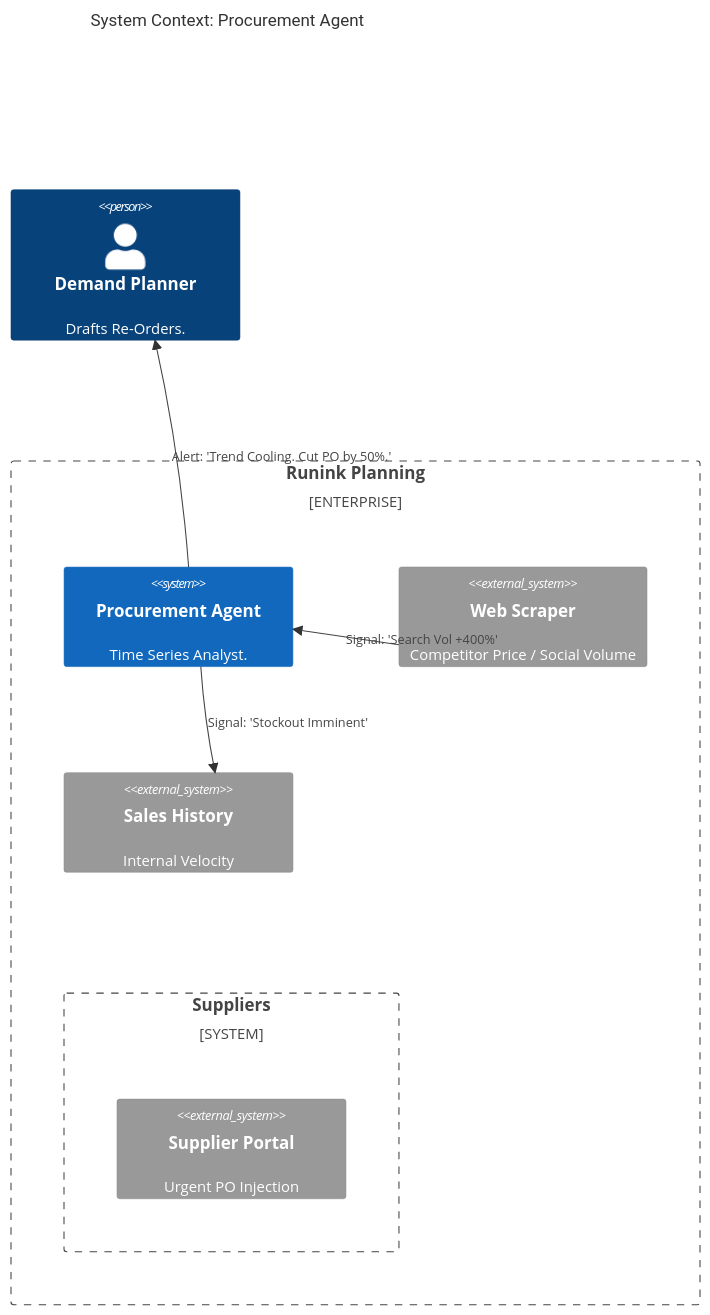
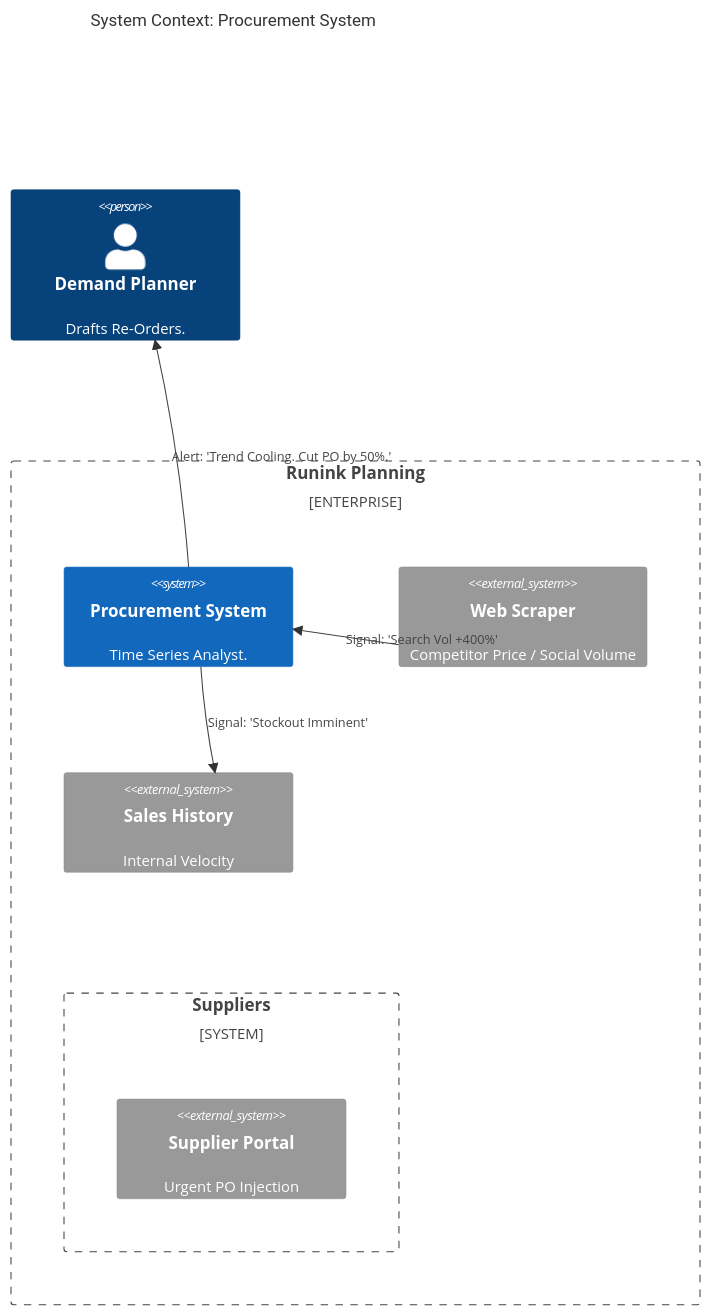
The diagram in content/use-cases/procurement.md (org-runink/site), drawn with Mermaid before and after one commit. The commit also changed other lines of this file and 93 other files, not shown here.

```diff
--- a/content/use-cases/procurement.md
+++ b/content/use-cases/procurement.md
@@ -51,22 +51,22 @@
 {{< mermaid >}}
 C4Context
-title System Context: Procurement Agent
-
+title System Context: Procurement System
+ 
 Person(buyer, "Demand Planner", "Drafts Re-Orders.")
-
+ 
 Enterprise_Boundary(b0, "Runink Planning") {
-System(agent, "Procurement Agent", "Time Series Analyst.")
-
+System(agent, "Procurement System", "Time Series Analyst.")
+ 
 System_Ext(scraper, "Web Scraper", "Competitor Price / Social Volume")
 System_Ext(erp, "Sales History", "Internal Velocity")
-
+ 
 System_Boundary(b1, "Suppliers") {
 System_Ext(portal, "Supplier Portal", "Urgent PO Injection")
 }
 }
-
+ 
 Rel(scraper, agent, "Signal: 'Search Vol +400%'")
 Rel(agent, erp, "Signal: 'Stockout Imminent'")
 Rel(agent, buyer, "Alert: 'Spike Detected. Buy Air Freight.'")
 Rel(agent, buyer, "Alert: 'Trend Cooling. Cut PO by 50%.'")
 {{< /mermaid >}}
```
